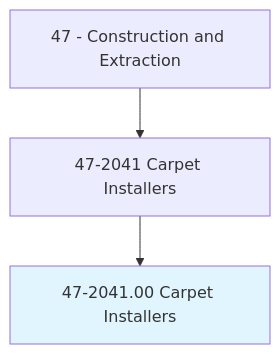
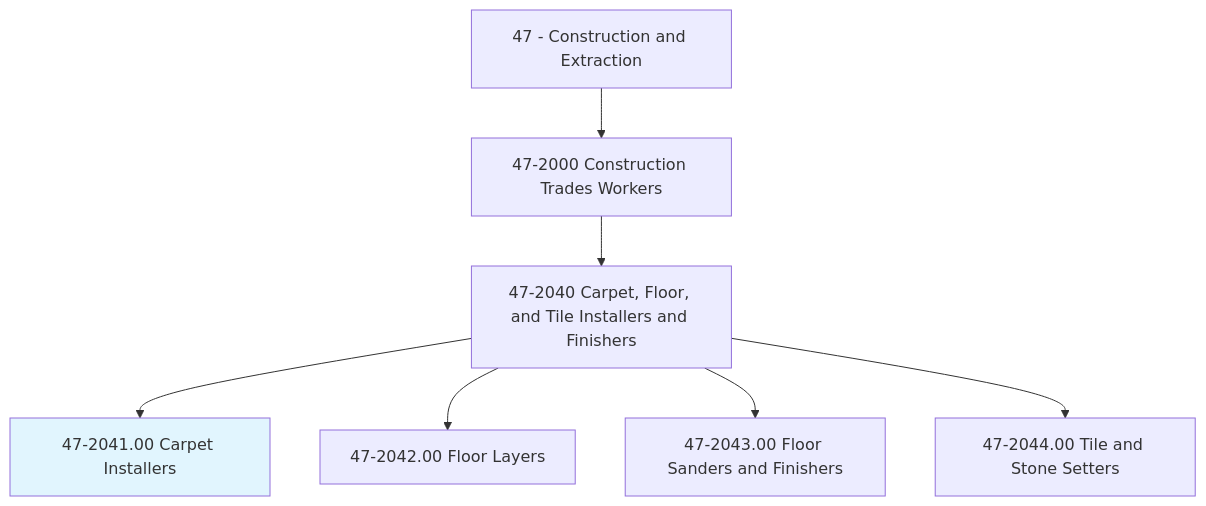
One commit to kziemski/business.org.ai changed the first of 4 diagrams in occupations/Construction/CarpetInstallers.mdx. Above: the diagram before and after it, drawn with Mermaid. The commit also changed other lines of this file and 938 other files, not shown here.

````diff
--- a/occupations/Construction/CarpetInstallers.mdx
+++ b/occupations/Construction/CarpetInstallers.mdx
@@ -19,6 +23,10 @@
 ```mermaid
 graph TD
-    Cat47["47 - Construction and Extraction"] --> Group472041["47-2041 Carpet Installers"]
-    Group472041 --> Current["47-2041.00 Carpet Installers"]
+    Cat47["47 - Construction and Extraction"] --> Group472["47-2000 Construction Trades Workers"]
+    Group472 --> Group4720["47-2040 Carpet, Floor, and Tile Installers and Finishers"]
+    Group4720 --> Current["47-2041.00 Carpet Installers"]
+    Group4720 --> Floor["47-2042.00 Floor Layers"]
+    Group4720 --> FloorSand["47-2043.00 Floor Sanders and Finishers"]
+    Group4720 --> Tile["47-2044.00 Tile and Stone Setters"]
     style Current fill:#e1f5fe
 ```
````
